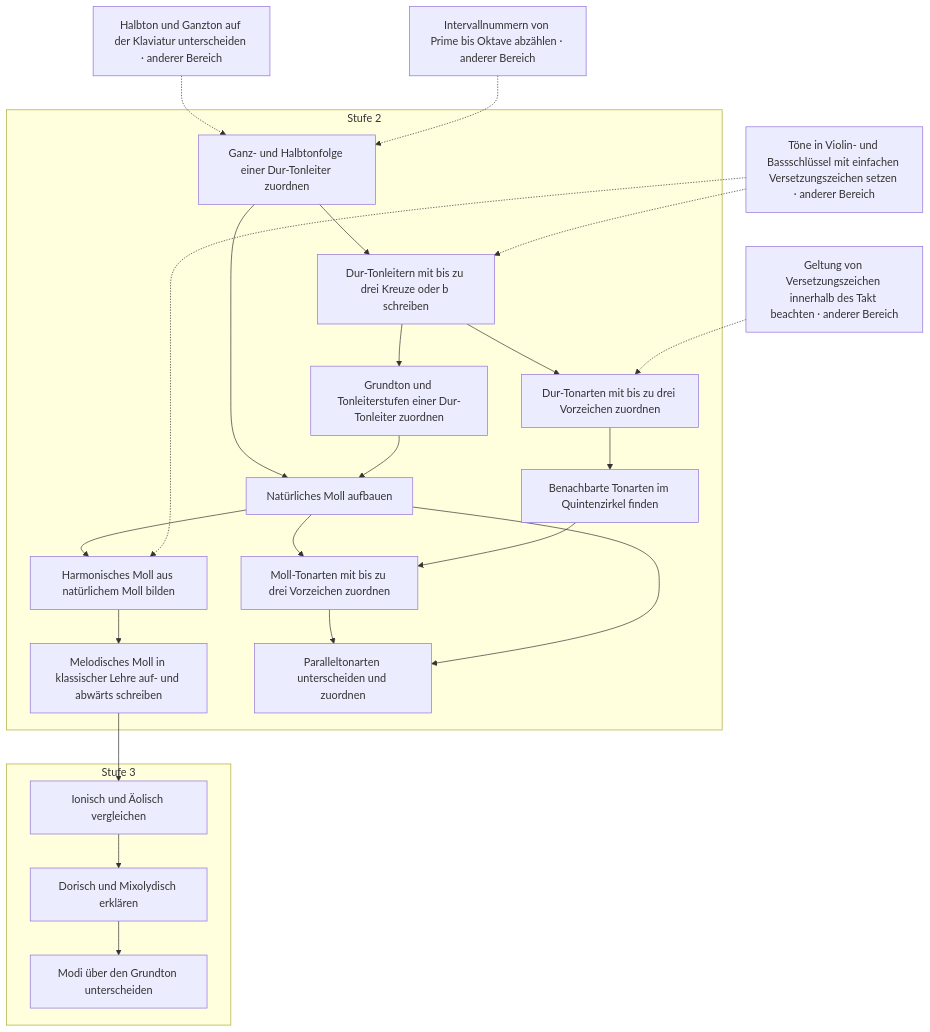
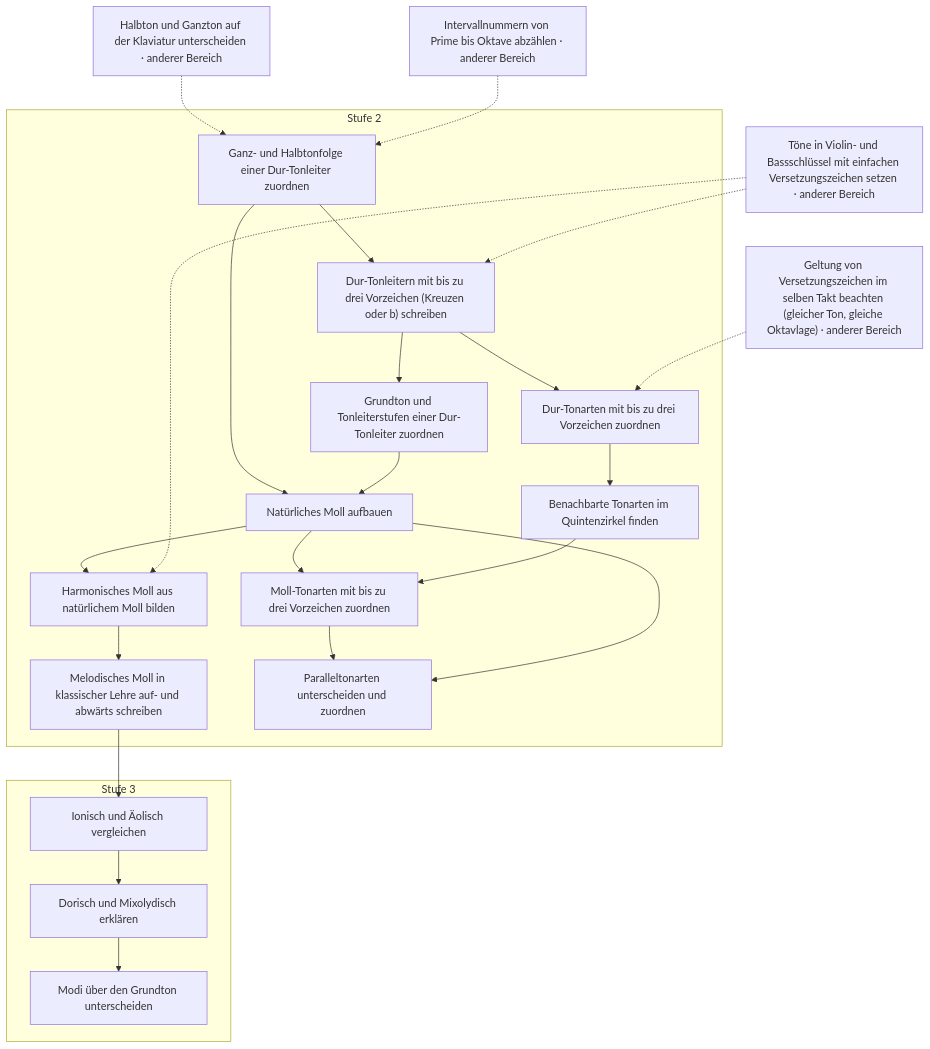
The sixth of 16 diagrams in docs/plan/faehigkeitsgraph-diagramme.md (PhiFa96/harmonia), drawn with Mermaid before and after one commit. The commit also changed other lines of this file and 16 other files, not shown here.

First line of the commit message:
fix(content): Graphkorrekturen Stufe 1 und 2 aus der Fachprüfung (Katalogversion 17)

````diff
--- a/docs/plan/faehigkeitsgraph-diagramme.md
+++ b/docs/plan/faehigkeitsgraph-diagramme.md
@@ -467,44 +479,44 @@
 ```mermaid
 flowchart TD
   subgraph level2["Stufe 2"]
     s59["Ganz- und Halbtonfolge einer Dur-Tonleiter zuordnen"]
-    s60["Dur-Tonleitern mit bis zu drei Kreuze oder b schreiben"]
+    s60["Dur-Tonleitern mit bis zu drei Vorzeichen (Kreuzen oder b) schreiben"]
     s61["Grundton und Tonleiterstufen einer Dur-Tonleiter zuordnen"]
     s62["Natürliches Moll aufbauen"]
     s63["Harmonisches Moll aus natürlichem Moll bilden"]
     s64["Melodisches Moll in klassischer Lehre auf- und abwärts schreiben"]
     s65["Dur-Tonarten mit bis zu drei Vorzeichen zuordnen"]
     s66["Benachbarte Tonarten im Quintenzirkel finden"]
     s67["Moll-Tonarten mit bis zu drei Vorzeichen zuordnen"]
     s68["Paralleltonarten unterscheiden und zuordnen"]
   end
   subgraph level3["Stufe 3"]
     s90["Ionisch und Äolisch vergleichen"]
     s91["Dorisch und Mixolydisch erklären"]
     s92["Modi über den Grundton unterscheiden"]
   end
   s7["Halbton und Ganzton auf der Klaviatur unterscheiden · anderer Bereich"]
   s22["Intervallnummern von Prime bis Oktave abzählen · anderer Bereich"]
   s45["Töne in Violin- und Bassschlüssel mit einfachen Versetzungszeichen setzen · anderer Bereich"]
-  s43["Geltung von Versetzungszeichen innerhalb des Takt beachten · anderer Bereich"]
+  s43["Geltung von Versetzungszeichen im selben Takt beachten (gleicher Ton, gleiche Oktavlage) · anderer Bereich"]
   s7 -.-> s59
   s22 -.-> s59
   s59 --> s60
   s45 -.-> s60
   s60 --> s61
   s59 --> s62
   s61 --> s62
   s62 --> s63
   s45 -.-> s63
   s63 --> s64
   s60 --> s65
   s43 -.-> s65
   s65 --> s66
   s62 --> s67
   s66 --> s67
   s67 --> s68
   s62 --> s68
   s64 --> s90
   s90 --> s91
   s91 --> s92
 ```
````
